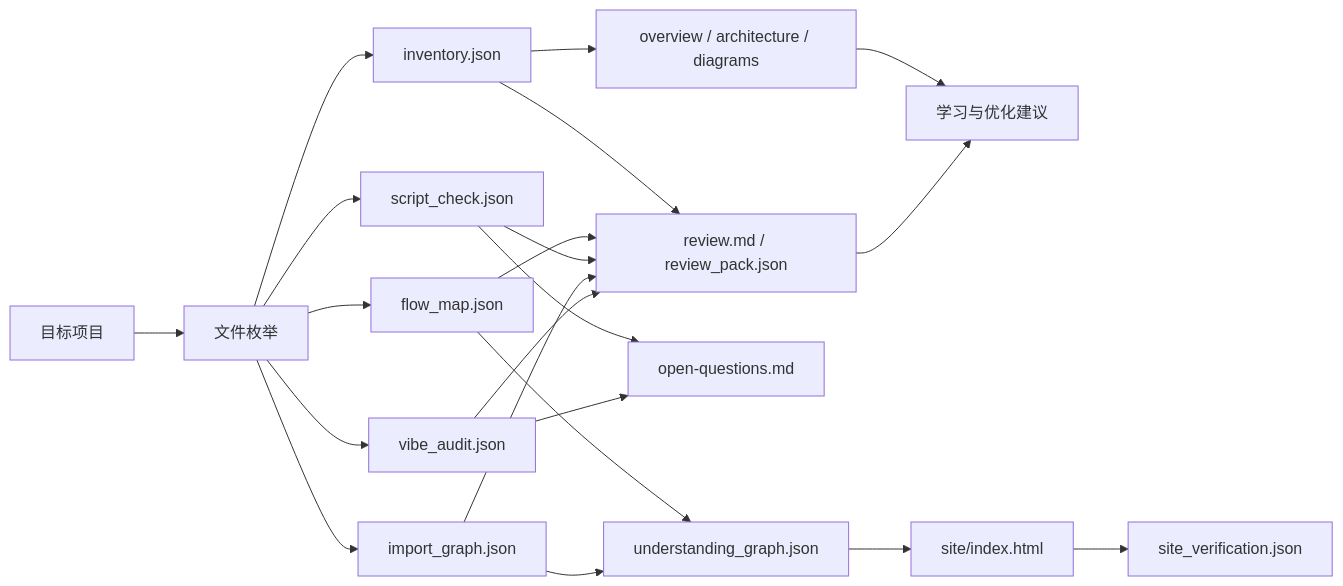
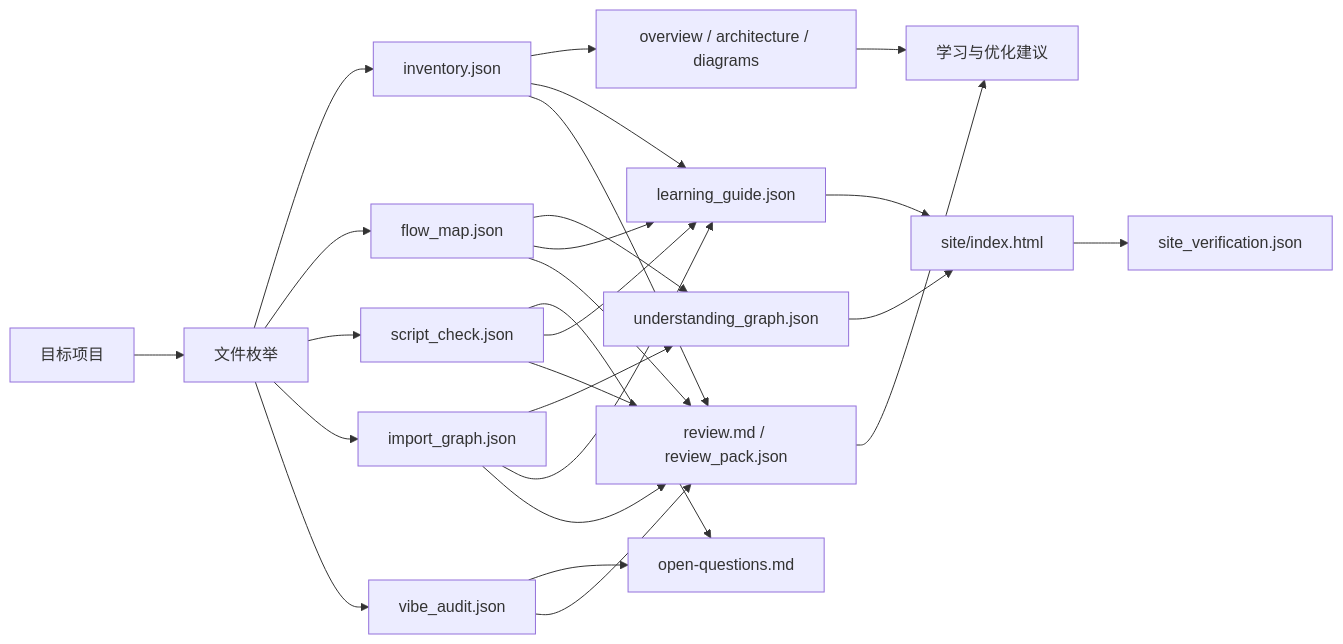
One commit to hongzhiyin/CodeAnalyst changed the second of 2 diagrams in docs/ARCHITECTURE.md. Above: the diagram before and after it, drawn with Mermaid. The commit also changed other lines of this file and 10 other files, not shown here.

````diff
--- a/docs/ARCHITECTURE.md
+++ b/docs/ARCHITECTURE.md
@@ -149,23 +149,28 @@
 ```mermaid
 flowchart LR
   Target[目标项目] --> Files[文件枚举]
   Files --> InventoryJSON[inventory.json]
   Files --> FlowJSON[flow_map.json]
   Files --> ScriptJSON[script_check.json]
   Files --> ImportJSON[import_graph.json]
   Files --> AuditJSON[vibe_audit.json]
   InventoryJSON --> Markdown[overview / architecture / diagrams]
   FlowJSON --> Graph[understanding_graph.json]
   ScriptJSON --> Questions[open-questions.md]
   ImportJSON --> Graph[understanding_graph.json]
   AuditJSON --> Questions[open-questions.md]
+  InventoryJSON --> Guide[learning_guide.json]
+  FlowJSON --> Guide
+  ScriptJSON --> Guide
+  ImportJSON --> Guide
   InventoryJSON --> Review[review.md / review_pack.json]
   FlowJSON --> Review
   ScriptJSON --> Review
   ImportJSON --> Review
   AuditJSON --> Review
   Markdown --> User[学习与优化建议]
   Review --> User
   Graph --> Site[site/index.html]
+  Guide --> Site
   Site --> SiteVerify[site_verification.json]
 ```
````
